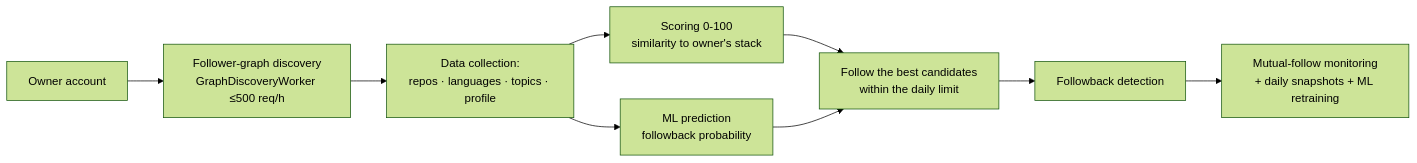
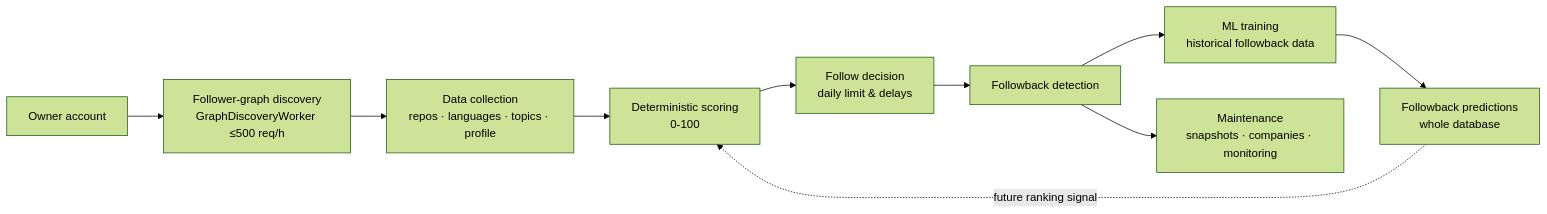
One commit to Lewickiy/github-social-agent changed the diagram in README.md. Above: the diagram before and after it, drawn with Mermaid (forest theme). The commit also changed other lines of this file, not shown here.

Commit message:
README.md edited

````diff
--- a/README.md
+++ b/README.md
@@ -98,11 +98,20 @@
 ```mermaid
 flowchart LR
     A[Owner account] --> B[Follower-graph discovery<br/>GraphDiscoveryWorker ≤500 req/h]
-    B --> C[Data collection:<br/>repos · languages · topics · profile]
-    C --> D[Scoring 0-100<br/>similarity to owner's stack]
-    C --> E[ML prediction<br/>followback probability]
-    D --> F[Follow the best candidates<br/>within the daily limit]
-    E --> F
-    F --> G[Followback detection]
-    G --> H[Mutual-follow monitoring<br/>+ daily snapshots + ML retraining]
+
+    B --> C[Data collection<br/>repos · languages · topics · profile]
+
+    C --> D[Deterministic scoring<br/>0-100]
+
+    D --> E[Follow decision<br/>daily limit & delays]
+
+    E --> F[Followback detection]
+
+    F --> G[ML training<br/>historical followback data]
+
+    G --> H[Followback predictions<br/>whole database]
+
+    H -. future ranking signal .-> D
+
+    F --> I[Maintenance<br/>snapshots · companies · monitoring]
 ```
````
